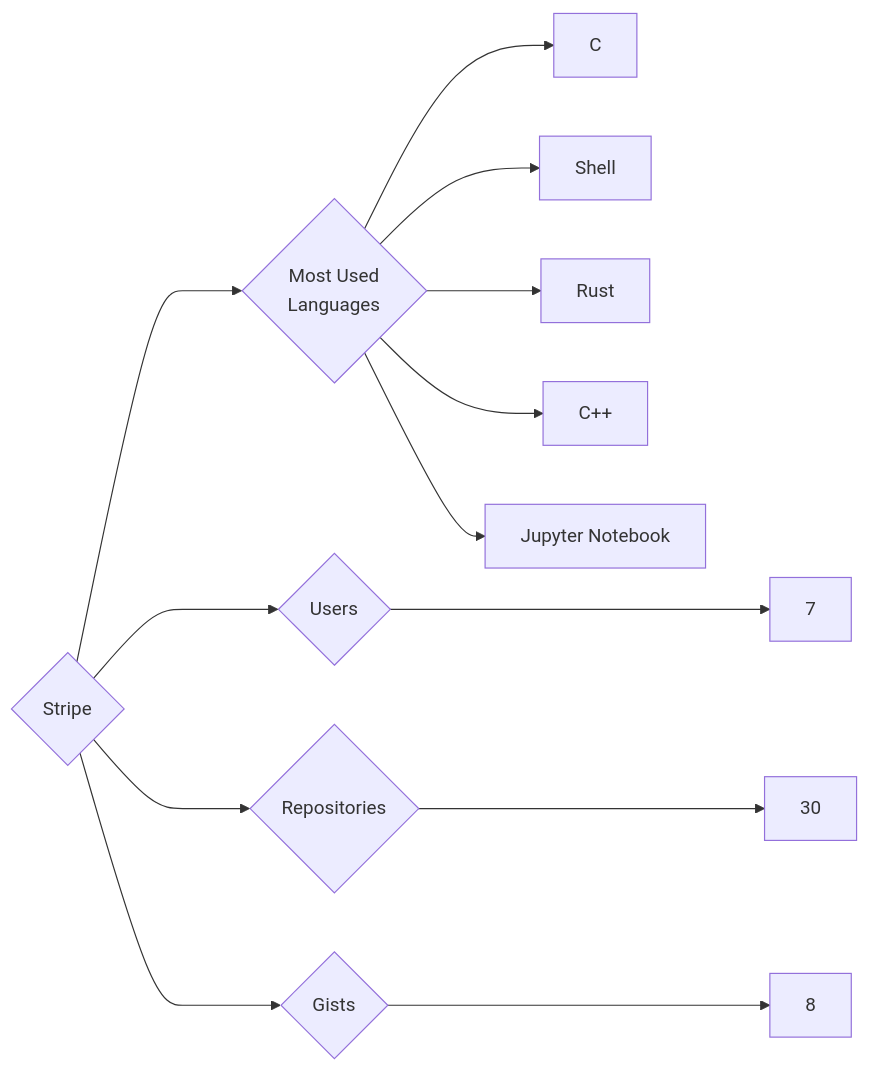
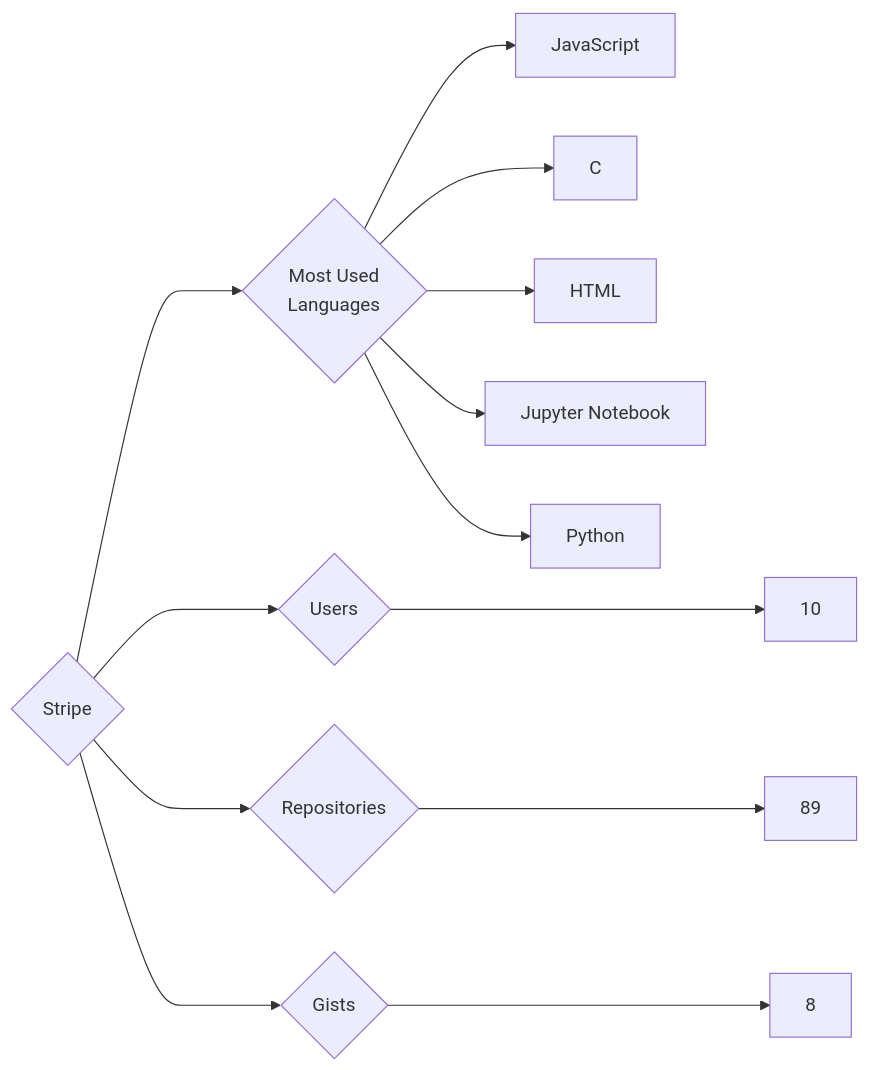
Before and after one commit to trickest/insiders: the diagram in targets/Stripe/README.md, drawn with Mermaid. The commit also changed 1389 other files, not shown here.

````diff
--- a/targets/Stripe/README.md
+++ b/targets/Stripe/README.md
@@ -3,13 +3,13 @@
 ```mermaid
 graph LR
 COMPANY_NAME{Stripe}
-COMPANY_NAME ---> U{Users} ---> UN[7]
-COMPANY_NAME ---> R{Repositories} ---> RN[30]
+COMPANY_NAME ---> U{Users} ---> UN[10]
+COMPANY_NAME ---> R{Repositories} ---> RN[89]
 COMPANY_NAME ---> G{Gists} ---> GN[8]
 COMPANY_NAME ---> ML{Most Used<br>Languages}
+ML --> JavaScript[JavaScript]
 ML --> C[C]
-ML --> Shell[Shell]
-ML --> Rust[Rust]
-ML --> C++[C++]
+ML --> HTML[HTML]
 ML --> Jupyter_Notebook[Jupyter Notebook]
+ML --> Python[Python]
 ```
````
